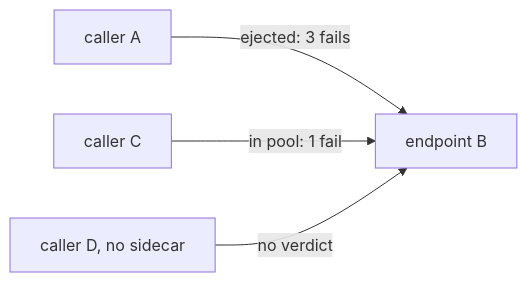
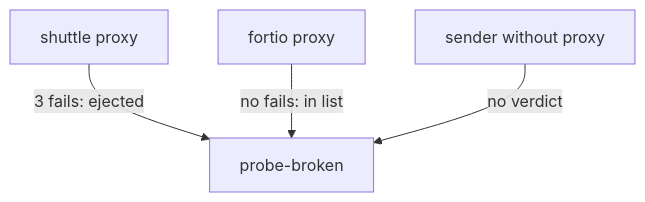
One commit to astrona-io/ATS014 changed the diagram in sections/section-040/module-03/course-03-local-temporary-and-verified.md. Above: the diagram before and after it, drawn with Mermaid. The commit also changed other lines of this file and 813 other files, not shown here.

````diff
--- a/sections/section-040/module-03/course-03-local-temporary-and-verified.md
+++ b/sections/section-040/module-03/course-03-local-temporary-and-verified.md
@@ -11,6 +11,6 @@
 ```mermaid
-flowchart LR
-    A["caller A"] -->|"ejected: 3 fails"| X["endpoint B"]
-    C["caller C"] -->|"in pool: 1 fail"| X
-    D["caller D, no sidecar"] -->|"no verdict"| X
+flowchart TB
+    S["shuttle proxy"] -->|"3 fails: ejected"| B["probe-broken"]
+    F["fortio proxy"] -->|"no fails: in list"| B
+    N["sender without proxy"] -->|"no verdict"| B
 ```
````
